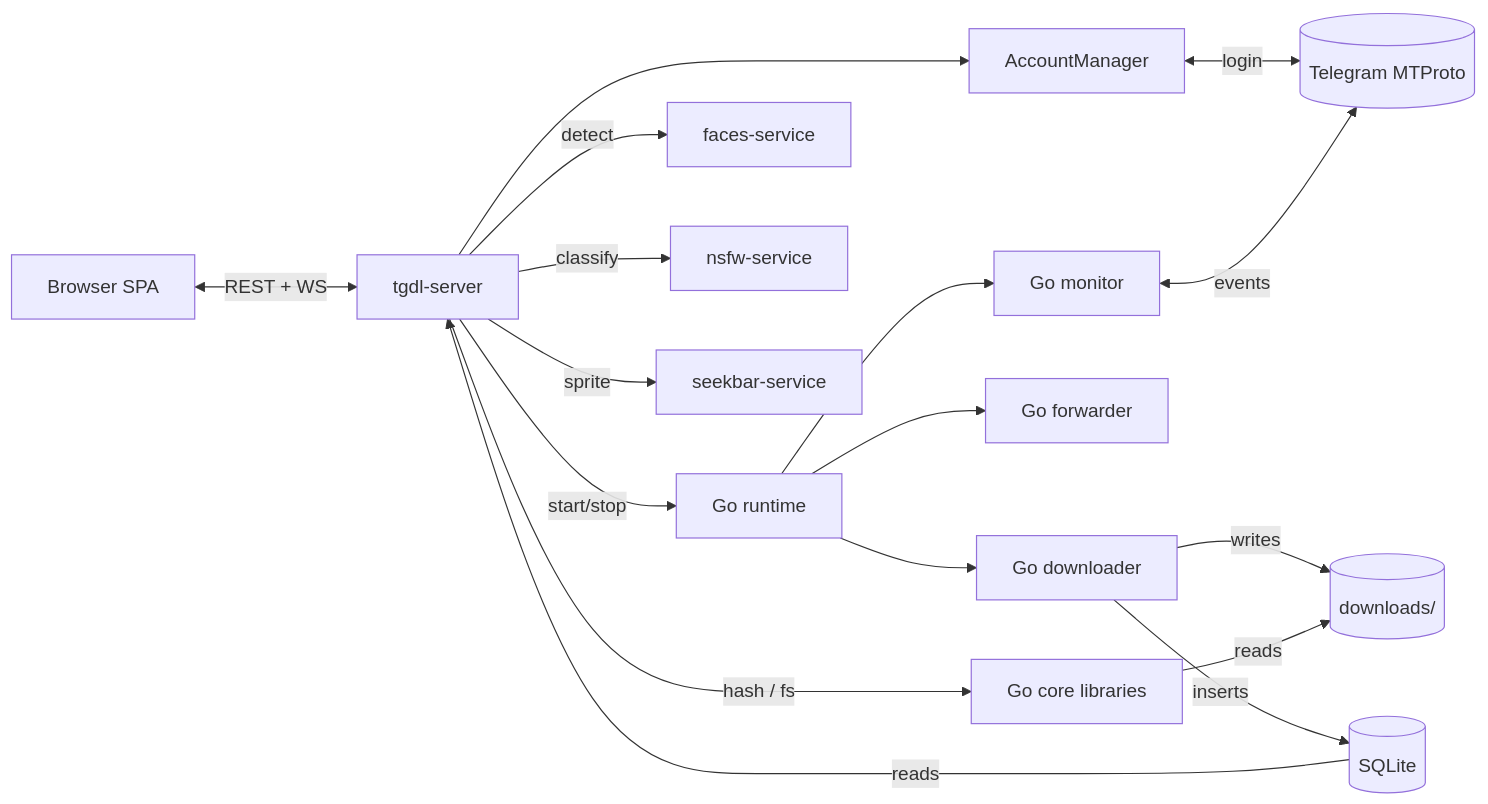
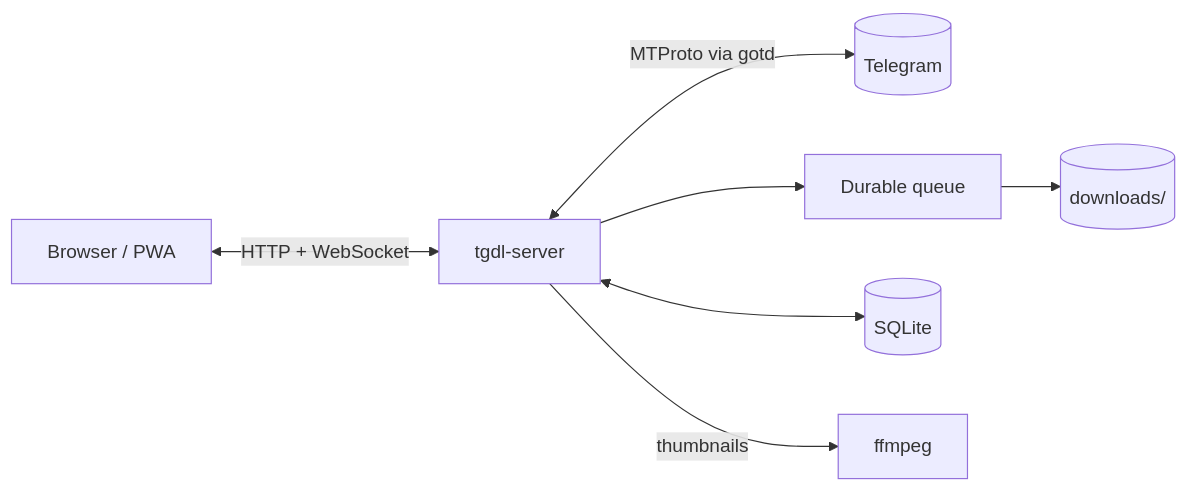
Before and after one commit to botnick/telegram-media-downloader: the diagram in README.md, drawn with Mermaid. The commit also changed other lines of this file and 42 other files, not shown here.

````diff
--- a/README.md
+++ b/README.md
@@ -188,32 +176,9 @@
 ```mermaid
 flowchart LR
-    user[Browser SPA]
-    server[tgdl-server]
-    runtime[Go runtime]
-    monitor[Go monitor]
-    downloader[Go downloader]
-    forwarder[Go forwarder]
-    am[AccountManager]
-    db[(SQLite)]
-    fs[(downloads/)]
-    tg[(Telegram MTProto)]
-    faces[faces-service]
-    nsfw[nsfw-service]
-    seekbar[seekbar-service]
-    core[Go core libraries]
-
-    user <-- REST + WS --> server
-    server -- start/stop --> runtime
-    runtime --> monitor & downloader & forwarder
-    server --> am
-    am <-- login --> tg
-    monitor <-- events --> tg
-    downloader -- writes --> fs
-    downloader -- inserts --> db
-    db -- reads --> server
-    server -- detect --> faces
-    server -- classify --> nsfw
-    server -- sprite --> seekbar
-    server -- hash / fs --> core
-    core -- reads --> fs
+    browser[Browser / PWA] <-- HTTP + WebSocket --> server[tgdl-server]
+    server <-- MTProto via gotd --> telegram[(Telegram)]
+    server --> queue[Durable queue]
+    queue --> files[(downloads/)]
+    server <--> db[(SQLite)]
+    server -- thumbnails --> ffmpeg[ffmpeg]
 ```
````
